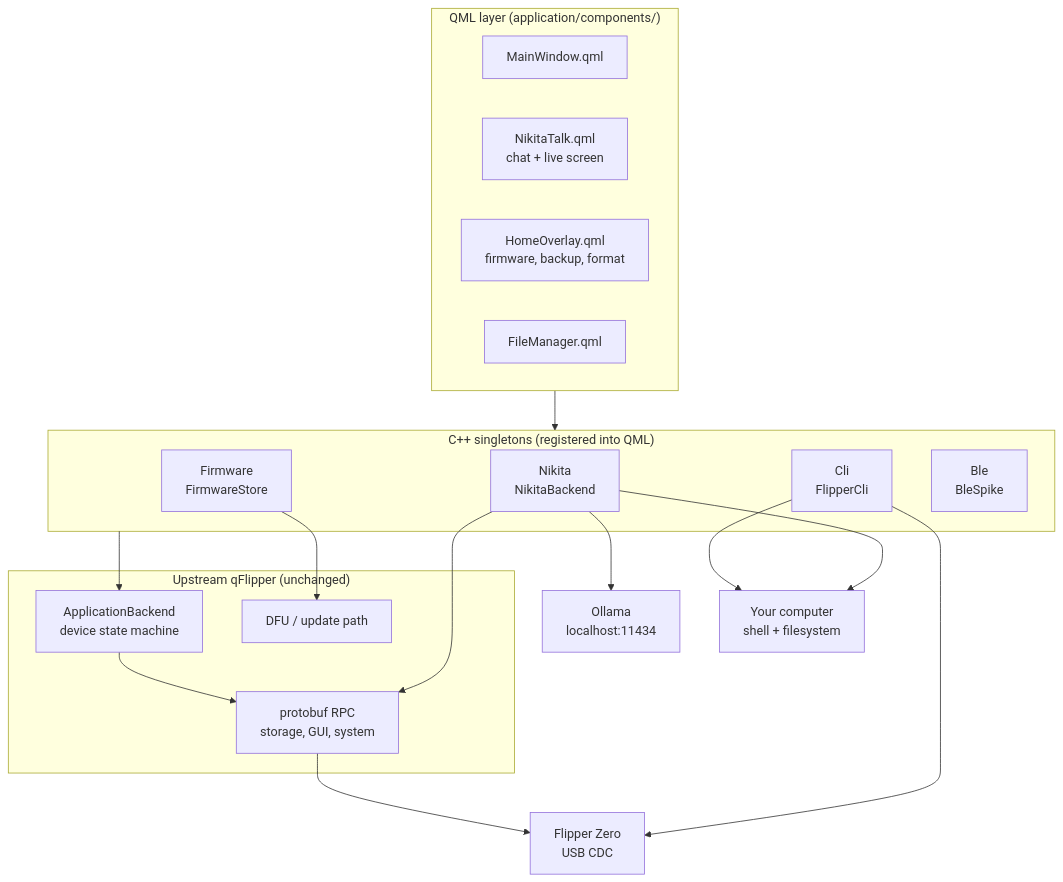
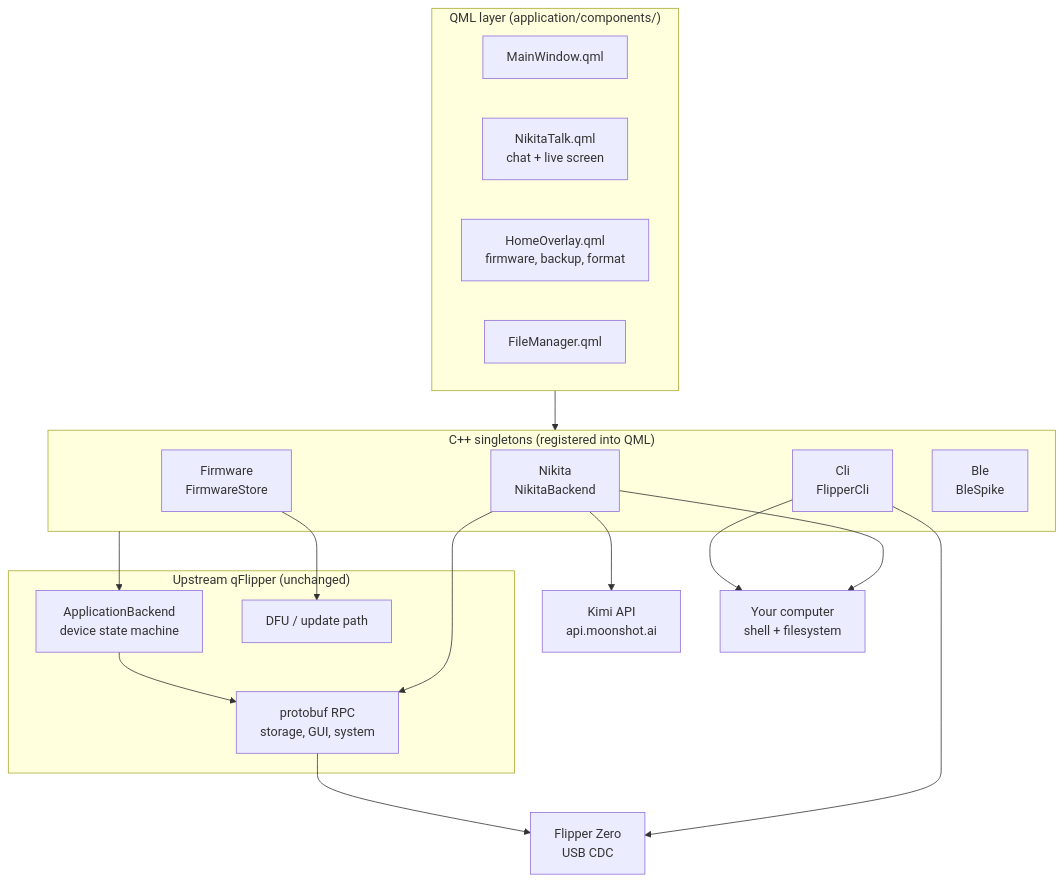
Before and after one commit to andresnalegre/nikita-qflipper: the diagram in README.md, drawn with Mermaid. The commit also changed other lines of this file and 9 other files, not shown here.

````diff
--- a/README.md
+++ b/README.md
@@ -66,37 +84,37 @@
 ```mermaid
 flowchart TB
     subgraph qml["QML layer (application/components/)"]
         MW["MainWindow.qml"]
         NT["NikitaTalk.qml<br/>chat + live screen"]
         HO["HomeOverlay.qml<br/>firmware, backup, format"]
         FM["FileManager.qml"]
     end
 
     subgraph singles["C++ singletons (registered into QML)"]
         NB["Nikita<br/>NikitaBackend"]
         FS["Firmware<br/>FirmwareStore"]
         CLI["Cli<br/>FlipperCli"]
         BLE["Ble<br/>BleSpike"]
     end
 
     subgraph base["Upstream qFlipper (unchanged)"]
         AB["ApplicationBackend<br/>device state machine"]
         RPC["protobuf RPC<br/>storage, GUI, system"]
         DFU["DFU / update path"]
     end
 
-    OLL["Ollama<br/>localhost:11434"]
+    OLL["Kimi API<br/>api.moonshot.ai"]
     DEV["Flipper Zero<br/>USB CDC"]
     HOST["Your computer<br/>shell + filesystem"]
 
     qml --> singles
     NB --> OLL
     NB --> RPC
     NB --> HOST
     CLI --> DEV
     CLI --> HOST
     FS --> DFU
     singles --> AB
     AB --> RPC
     RPC --> DEV
 ```
````
